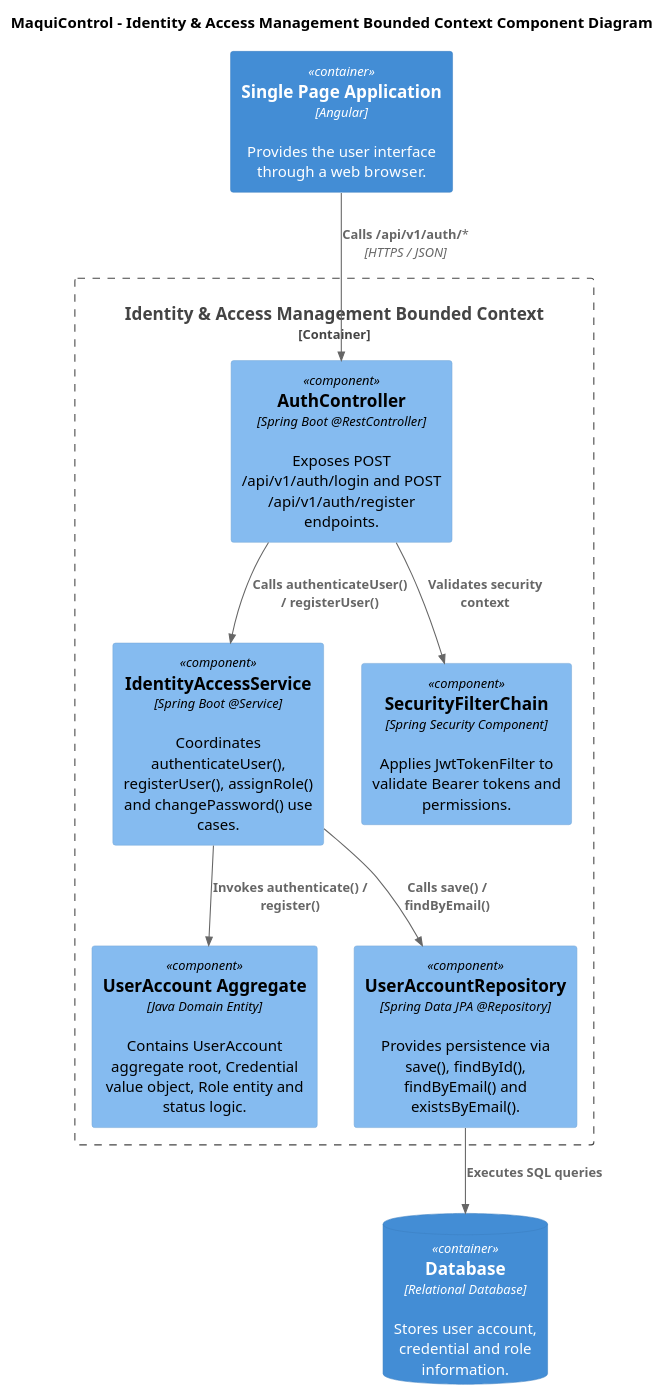
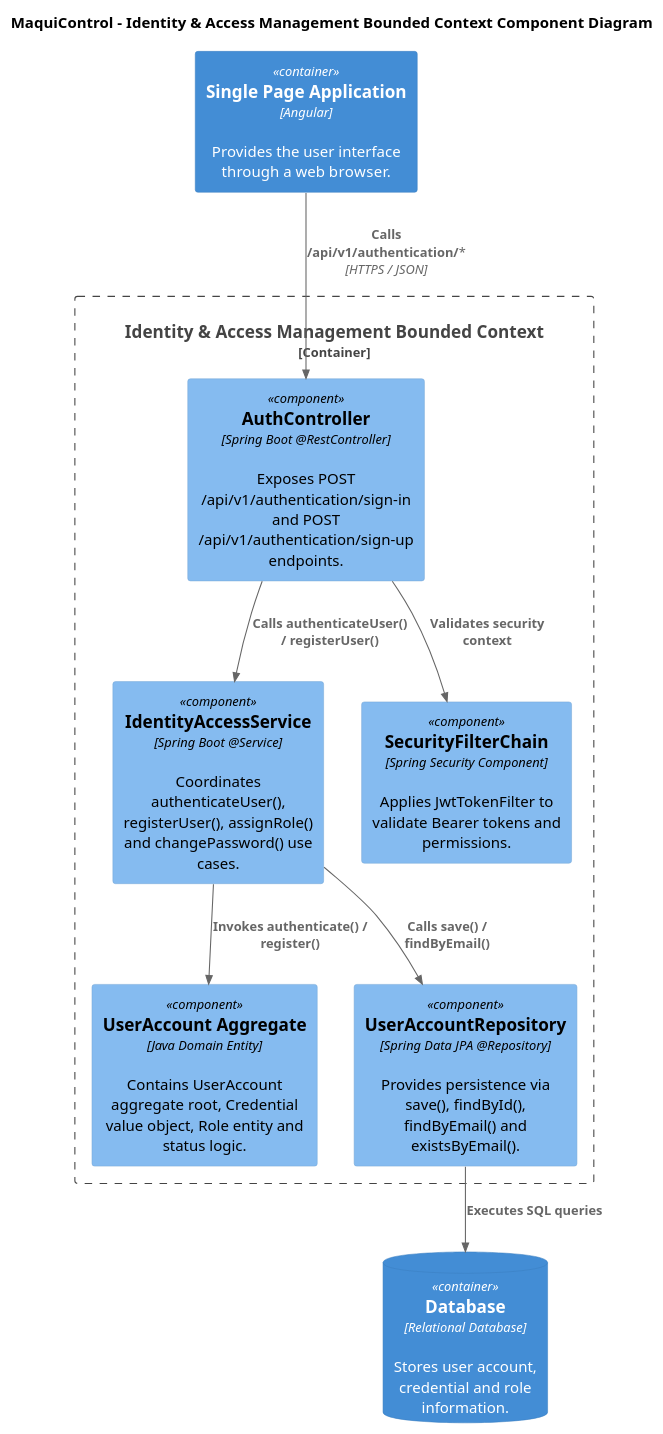
Before and after one commit to AndesHeavyTech/MaquiControl: the diagram in docs/architecture/components/identity-access-management-components.puml, drawn with PlantUML. The commit also changed 36 other files, not shown here.

Commit message:
docs(report): add sprint 2, update deployment configuration and align diagrams with code

```diff
--- a/docs/architecture/components/identity-access-management-components.puml
+++ b/docs/architecture/components/identity-access-management-components.puml
@@ -1,30 +1,30 @@
 @startuml
 !include <C4/C4_Component>
 
 title MaquiControl - Identity & Access Management Bounded Context Component Diagram
 
 Container(webapp, "Single Page Application", "Angular", "Provides the user interface through a web browser.")
 
 Container_Boundary(iam, "Identity & Access Management Bounded Context") {
 
-    Component(interfaces, "AuthController", "Spring Boot @RestController", "Exposes POST /api/v1/auth/login and POST /api/v1/auth/register endpoints.")
+    Component(interfaces, "AuthController", "Spring Boot @RestController", "Exposes POST /api/v1/authentication/sign-in and POST /api/v1/authentication/sign-up endpoints.")
 
     Component(application, "IdentityAccessService", "Spring Boot @Service", "Coordinates authenticateUser(), registerUser(), assignRole() and changePassword() use cases.")
 
     Component(domain, "UserAccount Aggregate", "Java Domain Entity", "Contains UserAccount aggregate root, Credential value object, Role entity and status logic.")
 
     Component(infrastructure, "UserAccountRepository", "Spring Data JPA @Repository", "Provides persistence via save(), findById(), findByEmail() and existsByEmail().")
 
     Component(security, "SecurityFilterChain", "Spring Security Component", "Applies JwtTokenFilter to validate Bearer tokens and permissions.")
 }
 
 ContainerDb(database, "Database", "Relational Database", "Stores user account, credential and role information.")
 
-Rel(webapp, interfaces, "Calls /api/v1/auth/*", "HTTPS / JSON")
+Rel(webapp, interfaces, "Calls /api/v1/authentication/*", "HTTPS / JSON")
 Rel(interfaces, application, "Calls authenticateUser() / registerUser()")
 Rel(application, domain, "Invokes authenticate() / register()")
 Rel(application, infrastructure, "Calls save() / findByEmail()")
 Rel(infrastructure, database, "Executes SQL queries")
 Rel(interfaces, security, "Validates security context")
 
 @enduml
```
